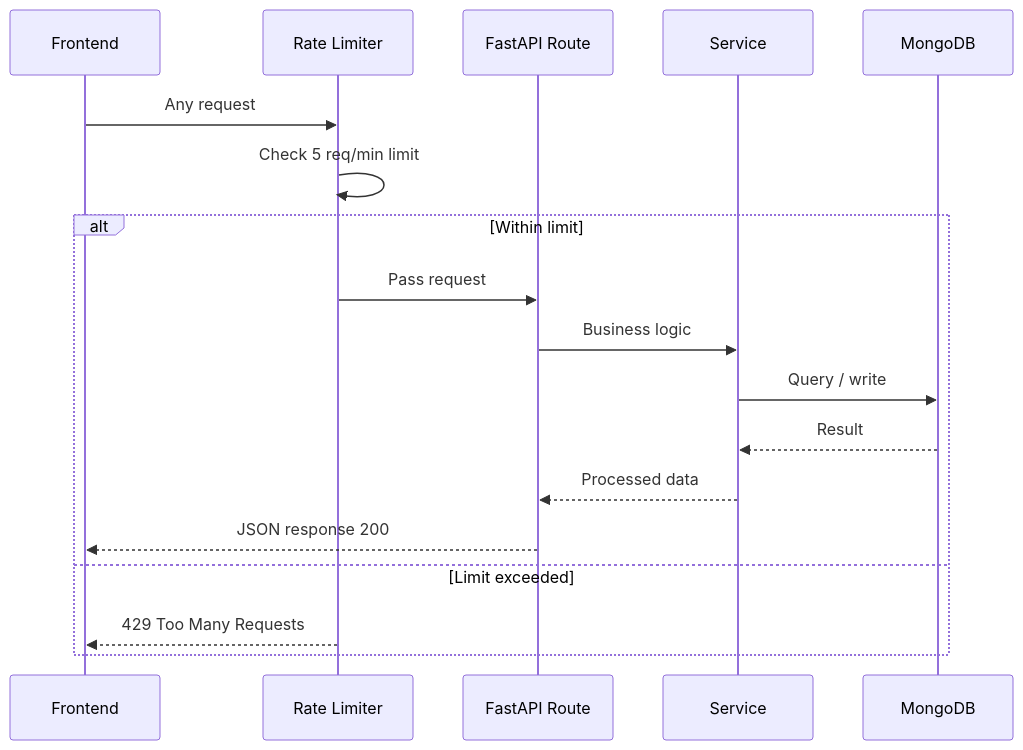
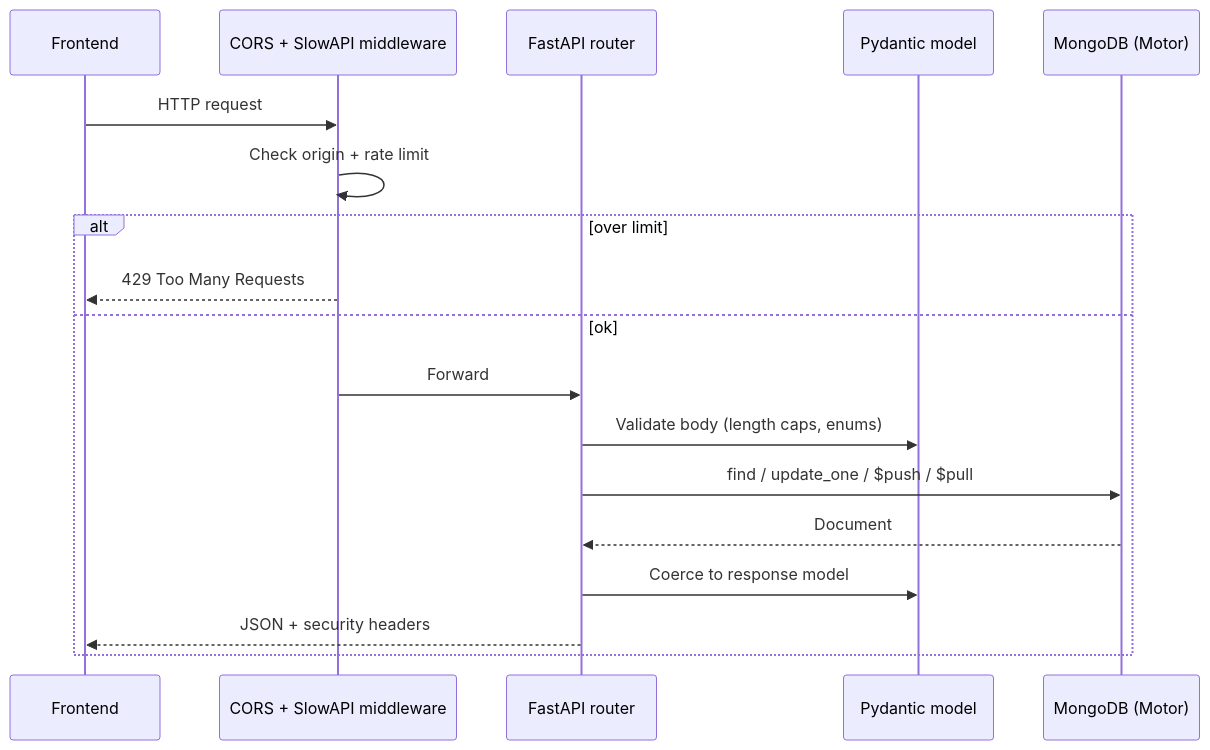
Diagram 11 of 16 in portfolio-react/public/docs/surveyluhh.md (snsyaqirah/snsyaqirah.github.io), drawn with Mermaid before and after one commit. The commit also changed other lines of this file and 101 other files, not shown here.

````diff
--- a/portfolio-react/public/docs/surveyluhh.md
+++ b/portfolio-react/public/docs/surveyluhh.md
@@ -353,21 +422,21 @@
 ```mermaid
 sequenceDiagram
     participant FE as Frontend
-    participant RL as Rate Limiter
-    participant API as FastAPI Route
-    participant SVC as Service
-    participant DB as MongoDB
+    participant MW as CORS + SlowAPI middleware
+    participant R as FastAPI router
+    participant M as Pydantic model
+    participant DB as MongoDB (Motor)
 
-    FE->>RL: Any request
-    RL->>RL: Check 5 req/min limit
-    alt Within limit
-        RL->>API: Pass request
-        API->>SVC: Business logic
-        SVC->>DB: Query / write
-        DB-->>SVC: Result
-        SVC-->>API: Processed data
-        API-->>FE: JSON response 200
-    else Limit exceeded
-        RL-->>FE: 429 Too Many Requests
+    FE->>MW: HTTP request
+    MW->>MW: Check origin + rate limit
+    alt over limit
+        MW-->>FE: 429 Too Many Requests
+    else ok
+        MW->>R: Forward
+        R->>M: Validate body (length caps, enums)
+        R->>DB: find / update_one / $push / $pull
+        DB-->>R: Document
+        R->>M: Coerce to response model
+        R-->>FE: JSON + security headers
     end
 ```
````
